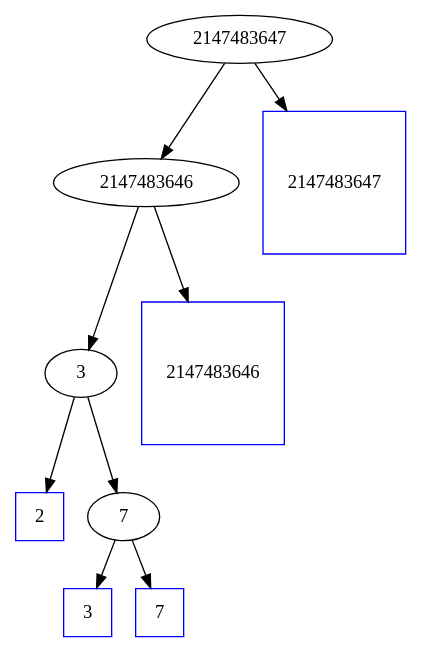
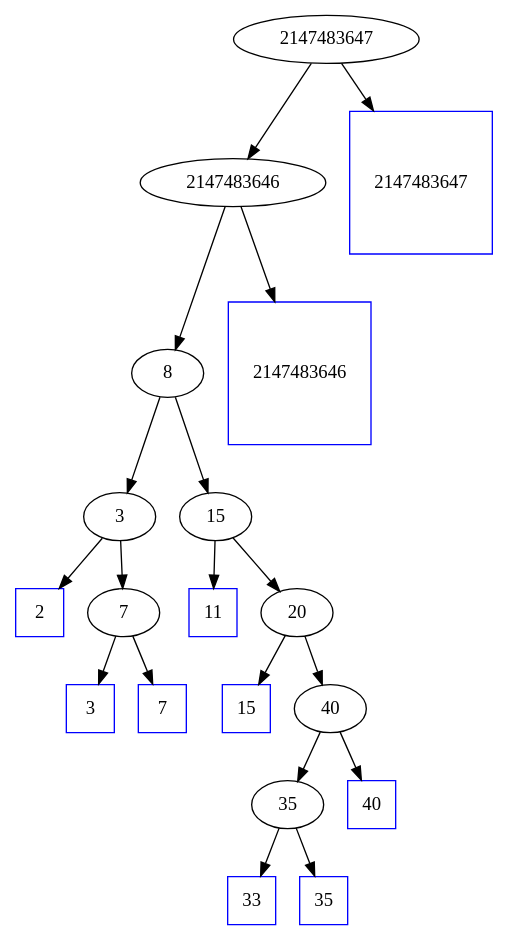
One commit to ishepard/BinarySearchTree changed the diagram in bin/tree.dot. Above: the diagram before and after it, drawn with Graphviz. The commit also changed 16 other files, not shown here.

```diff
--- a/bin/tree.dot
+++ b/bin/tree.dot
@@ -1,15 +1,30 @@
 digraph graphname {
 2147483647 -> 2147483646;
-2147483646 -> 3;
+2147483646 -> 8;
+8 -> 3;
 3 -> "Leaf 2";
 "Leaf 2"	[label=2, shape=box, regular=1, color="blue"];
 3 -> 7;
 7 -> "Leaf 3";
 "Leaf 3"	[label=3, shape=box, regular=1, color="blue"];
 7 -> "Leaf 7";
 "Leaf 7"	[label=7, shape=box, regular=1, color="blue"];
+8 -> 15;
+15 -> "Leaf 11";
+"Leaf 11"	[label=11, shape=box, regular=1, color="blue"];
+15 -> 20;
+20 -> "Leaf 15";
+"Leaf 15"	[label=15, shape=box, regular=1, color="blue"];
+20 -> 40;
+40 -> 35;
+35 -> "Leaf 33";
+"Leaf 33"	[label=33, shape=box, regular=1, color="blue"];
+35 -> "Leaf 35";
+"Leaf 35"	[label=35, shape=box, regular=1, color="blue"];
+40 -> "Leaf 40";
+"Leaf 40"	[label=40, shape=box, regular=1, color="blue"];
 2147483646 -> "Leaf 2147483646";
 "Leaf 2147483646"	[label=2147483646, shape=box, regular=1, color="blue"];
 2147483647 -> "Leaf 2147483647";
 "Leaf 2147483647"	[label=2147483647, shape=box, regular=1, color="blue"];
 }
```
